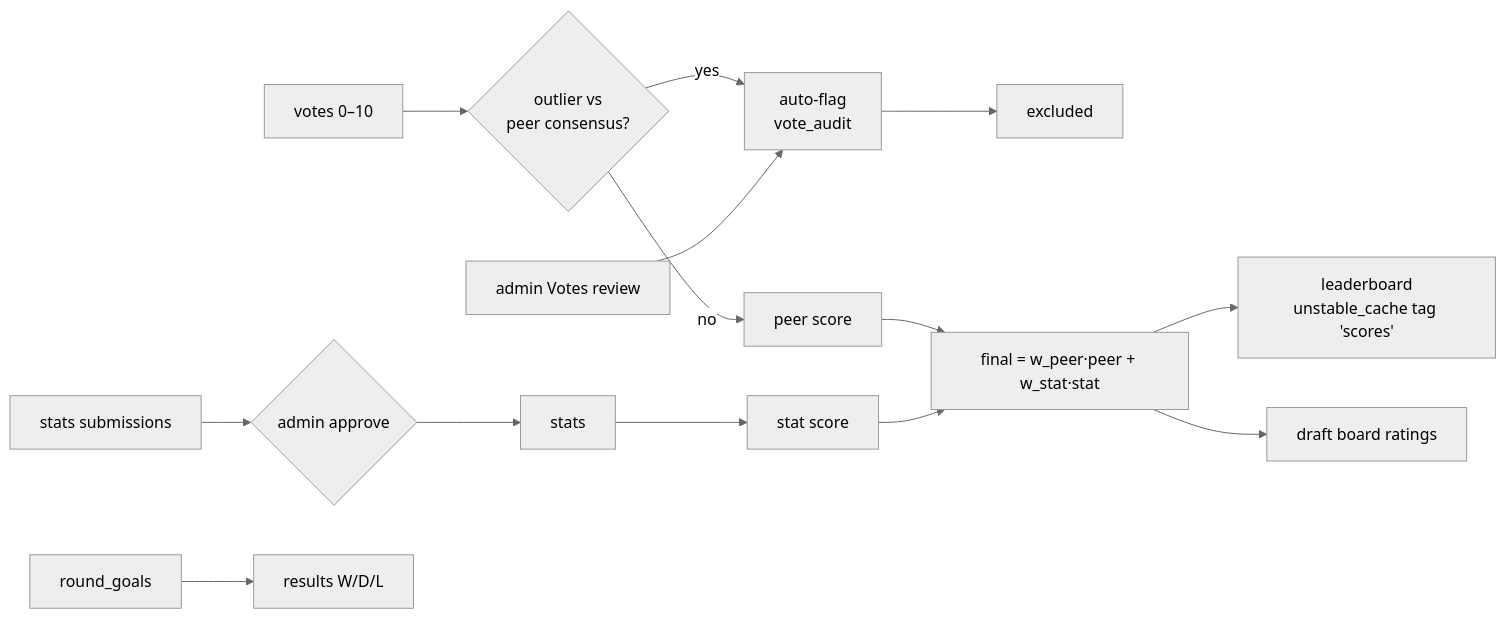
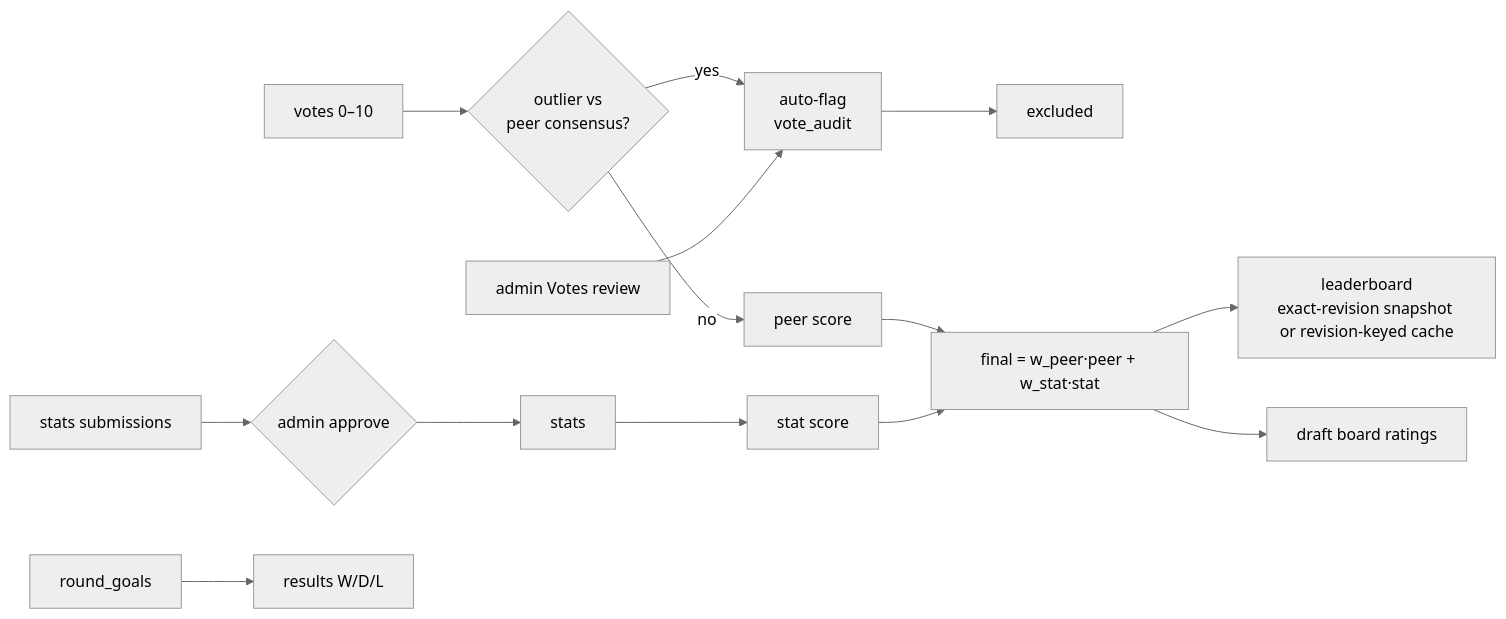
Diagram 12 of 14 in docs/ARCHITECTURE.md (MarwanTaher/Sideline), drawn with Mermaid (neutral theme) before and after one commit. The commit also changed other lines of this file and 85 other files, not shown here.

First line of the commit message:
Complete roadmap phases 3–5 and add recorded matchday moments

````diff
--- a/docs/ARCHITECTURE.md
+++ b/docs/ARCHITECTURE.md
@@ -409,13 +408,13 @@
 ```mermaid
 flowchart LR
   V[votes 0–10] --> O{outlier vs<br/>peer consensus?}
   O -- yes --> X[auto-flag<br/>vote_audit] --> EX[excluded]
   O -- no --> PS[peer score]
   AV[admin Votes review] --> X
   SS[stats submissions] --> Q{admin approve} --> ST[stats] --> SC[stat score]
   RG[round_goals] --> RES[results W/D/L]
   PS --> F[final = w_peer·peer + w_stat·stat]
   SC --> F
-  F --> LB[leaderboard<br/>unstable_cache tag 'scores']
+  F --> LB[leaderboard<br/>exact-revision snapshot or revision-keyed cache]
   F --> DR[draft board ratings]
 ```
````
